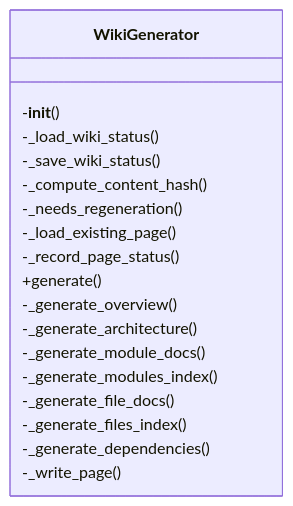
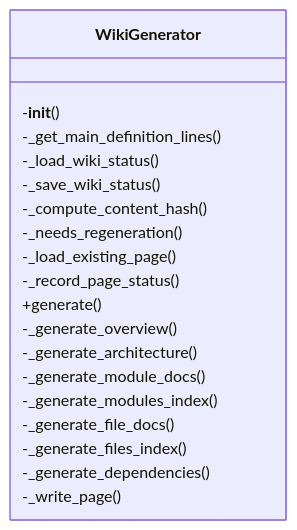
The first of 2 diagrams in .deepwiki/files/src/local_deepwiki/generators/wiki.md (UrbanDiver/local-deepwiki-mcp), drawn with Mermaid before and after one commit. The commit also changed other lines of this file and 29 other files, not shown here.

Commit message:
Regenerate wiki with enhanced diagram features

````diff
--- a/.deepwiki/files/src/local_deepwiki/generators/wiki.md
+++ b/.deepwiki/files/src/local_deepwiki/generators/wiki.md
@@ -298,21 +416,22 @@
 ```mermaid
 classDiagram
     class WikiGenerator {
         -__init__()
+        -_get_main_definition_lines()
         -_load_wiki_status()
         -_save_wiki_status()
         -_compute_content_hash()
         -_needs_regeneration()
         -_load_existing_page()
         -_record_page_status()
         +generate()
         -_generate_overview()
         -_generate_architecture()
         -_generate_module_docs()
         -_generate_modules_index()
         -_generate_file_docs()
         -_generate_files_index()
         -_generate_dependencies()
         -_write_page()
     }
 ```
````
